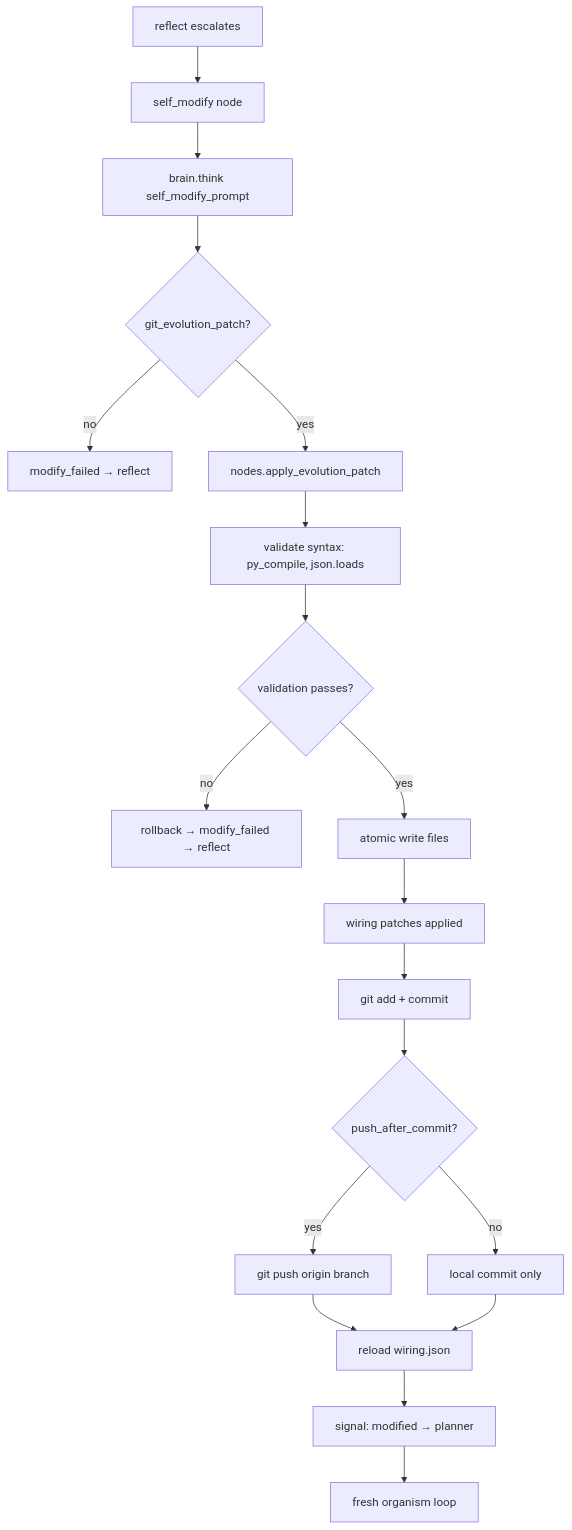
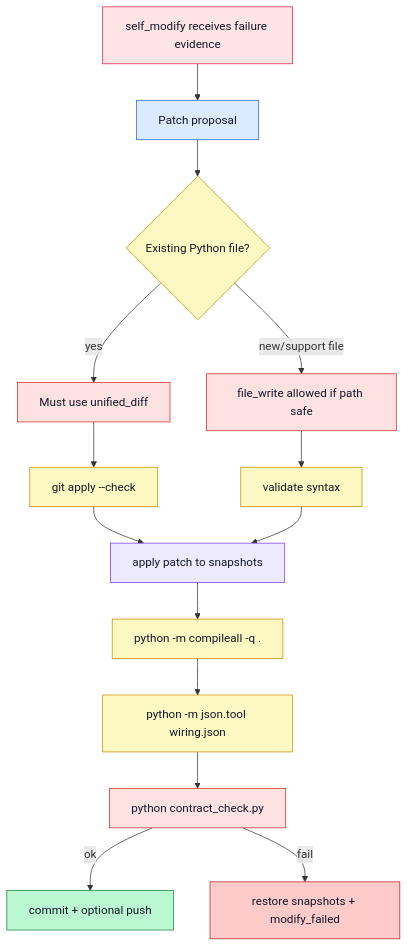
One commit to wgabrys88/endgame-ai changed the fifth of 5 diagrams in README.md. Above: the diagram before and after it, drawn with Mermaid. The commit also changed other lines of this file, not shown here.

````diff
--- a/README.md
+++ b/README.md
@@ -430,21 +482,24 @@
 ```mermaid
 flowchart TD
-    A[reflect escalates] --> B[self_modify node]
-    B --> C[brain.think self_modify_prompt]
-    C --> D{git_evolution_patch?}
-    D -- no --> E[modify_failed → reflect]
-    D -- yes --> F[nodes.apply_evolution_patch]
-    F --> G[validate syntax: py_compile, json.loads]
-    G --> H{validation passes?}
-    H -- no --> I[rollback → modify_failed → reflect]
-    H -- yes --> J[atomic write files]
-    J --> K[wiring patches applied]
-    K --> L[git add + commit]
-    L --> M{push_after_commit?}
-    M -- yes --> N[git push origin branch]
-    M -- no --> O[local commit only]
-    N --> P[reload wiring.json]
-    O --> P
-    P --> Q[signal: modified → planner]
-    Q --> R[fresh organism loop]
+    A[self_modify receives failure evidence]:::evolve --> B[Patch proposal]:::brain
+    B --> C{Existing Python file?}:::gate
+    C -->|yes| D[Must use unified_diff]:::immune
+    C -->|new/support file| E[file_write allowed if path safe]:::immune
+    D --> F[git apply --check]:::gate
+    E --> G[validate syntax]:::gate
+    F --> H[apply patch to snapshots]:::body
+    G --> H
+    H --> I[python -m compileall -q .]:::gate
+    I --> J[python -m json.tool wiring.json]:::gate
+    J --> K[python contract_check.py]:::immune
+    K -->|ok| L[commit + optional push]:::good
+    K -->|fail| M[restore snapshots + modify_failed]:::bad
+
+    classDef evolve fill:#ffe4e6,stroke:#e11d48,color:#111827;
+    classDef brain fill:#dbeafe,stroke:#2563eb,color:#111827;
+    classDef gate fill:#fef9c3,stroke:#ca8a04,color:#111827;
+    classDef immune fill:#fee2e2,stroke:#dc2626,color:#111827;
+    classDef body fill:#ede9fe,stroke:#7c3aed,color:#111827;
+    classDef good fill:#bbf7d0,stroke:#15803d,color:#111827;
+    classDef bad fill:#fecaca,stroke:#b91c1c,color:#111827;
 ```
````
